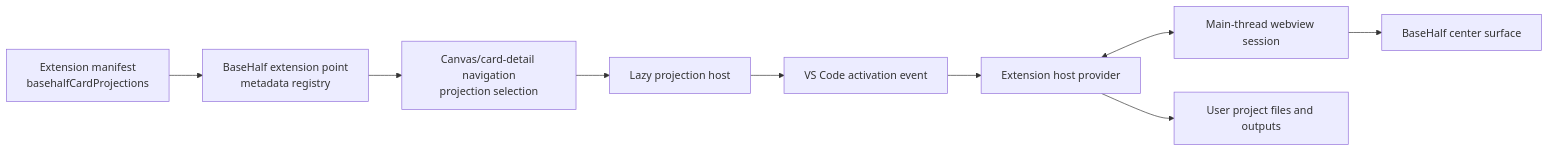
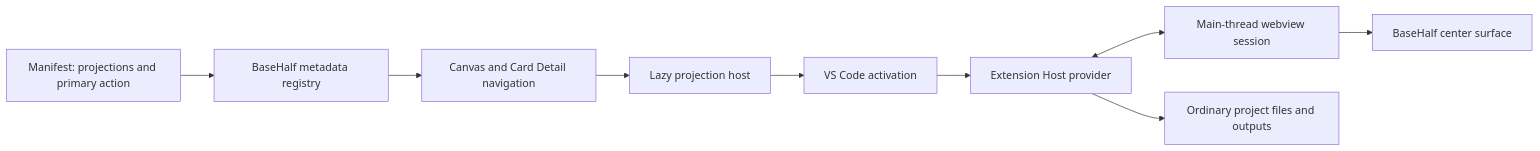
One commit to Pointa-Labs/basehalf changed the diagram in docs/plugin-architecture.md. Above: the diagram before and after it, drawn with Mermaid. The commit also changed other lines of this file and 61 other files, not shown here.

````diff
--- a/docs/plugin-architecture.md
+++ b/docs/plugin-architecture.md
@@ -61,11 +50,11 @@
 ```mermaid
 flowchart LR
-  M["Extension manifest\nbasehalfCardProjections"] --> E["BaseHalf extension point\nmetadata registry"]
-  E --> N["Canvas/card-detail navigation\nprojection selection"]
+  M["Manifest: projections and primary action"] --> E["BaseHalf metadata registry"]
+  E --> N["Canvas and Card Detail navigation"]
   N --> H["Lazy projection host"]
-  H --> A["VS Code activation event"]
-  A --> X["Extension host provider"]
+  H --> A["VS Code activation"]
+  A --> X["Extension Host provider"]
   X <--> R["Main-thread webview session"]
   R --> C["BaseHalf center surface"]
-  X --> F["User project files and outputs"]
+  X --> F["Ordinary project files and outputs"]
 ```
````
